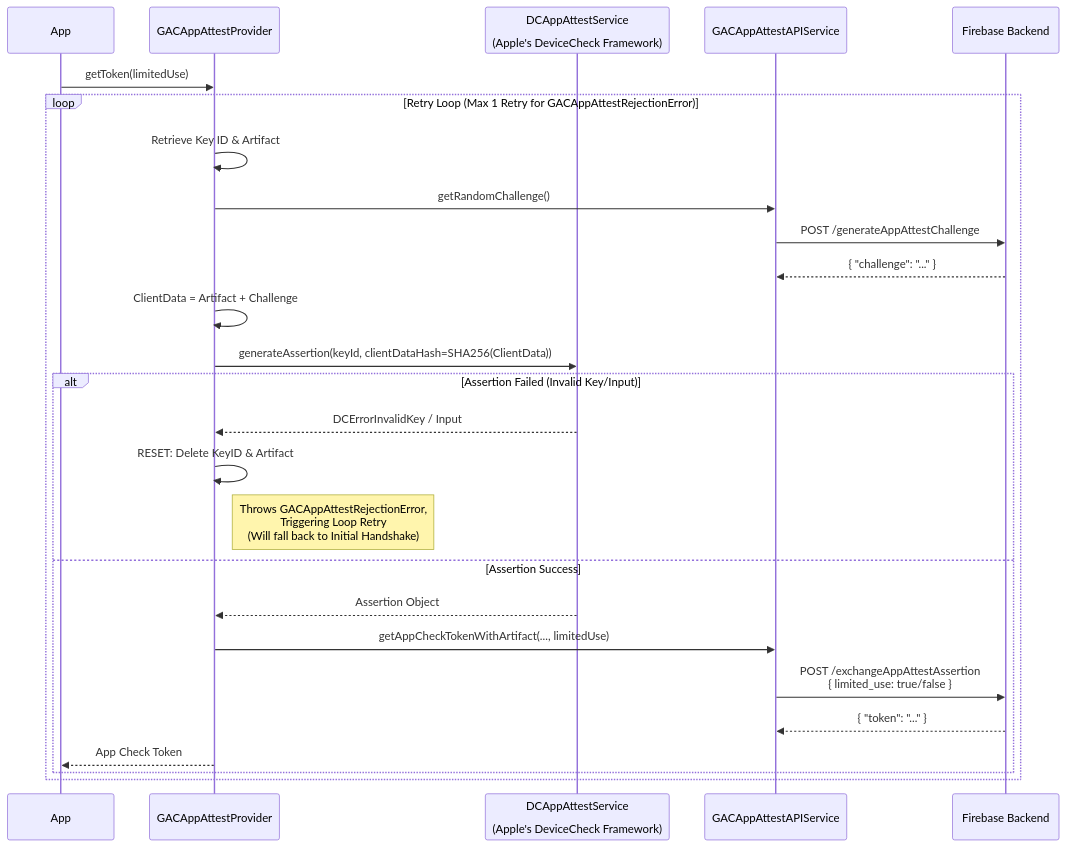
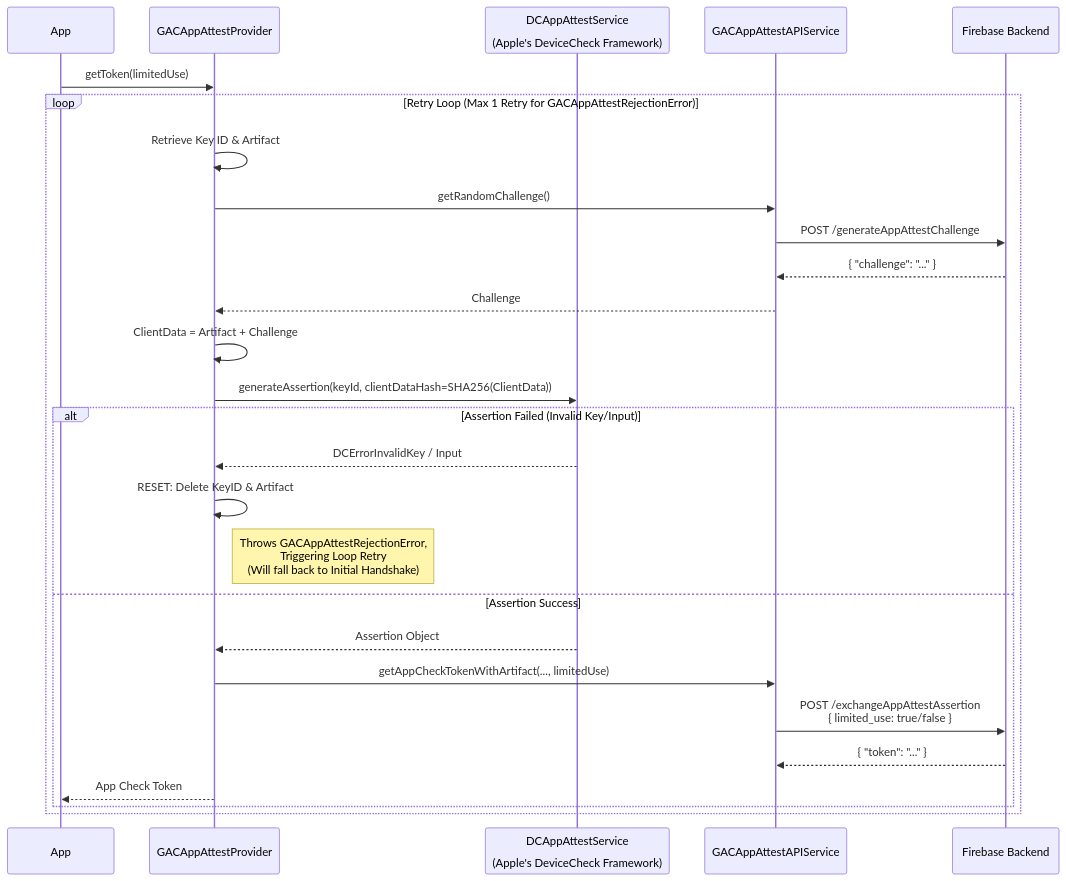
One commit to google/app-check changed the fifth of 5 diagrams in docs/providers/app-attest.md. Above: the diagram before and after it, drawn with Mermaid.

````diff
--- a/docs/providers/app-attest.md
+++ b/docs/providers/app-attest.md
@@ -278,34 +278,35 @@
 ```mermaid
 sequenceDiagram
     participant App
     participant Provider as GACAppAttestProvider
     participant Apple as DCAppAttestService<br/><br/>(Apple's DeviceCheck Framework)
     participant API as GACAppAttestAPIService
     participant Backend as Firebase Backend
 
     App->>Provider: getToken(limitedUse)
     
     loop Retry Loop (Max 1 Retry for GACAppAttestRejectionError)
         Provider->>Provider: Retrieve Key ID & Artifact
         Provider->>API: getRandomChallenge()
         API->>Backend: POST /generateAppAttestChallenge
         Backend-->>API: { "challenge": "..." }
+        API-->>Provider: Challenge
 
         Provider->>Provider: ClientData = Artifact + Challenge
         Provider->>Apple: generateAssertion(keyId, clientDataHash=SHA256(ClientData))
         
         alt Assertion Failed (Invalid Key/Input)
             Apple-->>Provider: DCErrorInvalidKey / Input
             Provider->>Provider: RESET: Delete KeyID & Artifact
             Note right of Provider: Throws GACAppAttestRejectionError,<br/>Triggering Loop Retry<br/>(Will fall back to Initial Handshake)
         else Assertion Success
             Apple-->>Provider: Assertion Object
             
             Provider->>API: getAppCheckTokenWithArtifact(..., limitedUse)
             API->>Backend: POST /exchangeAppAttestAssertion<br/>{ limited_use: true/false }
             Backend-->>API: { "token": "..." }
             
             Provider-->>App: App Check Token
         end
     end
 ```
````
